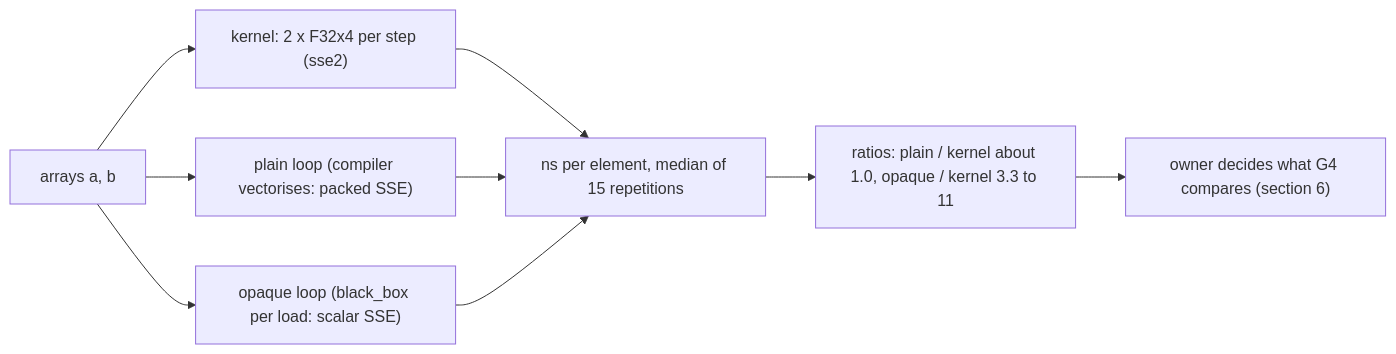
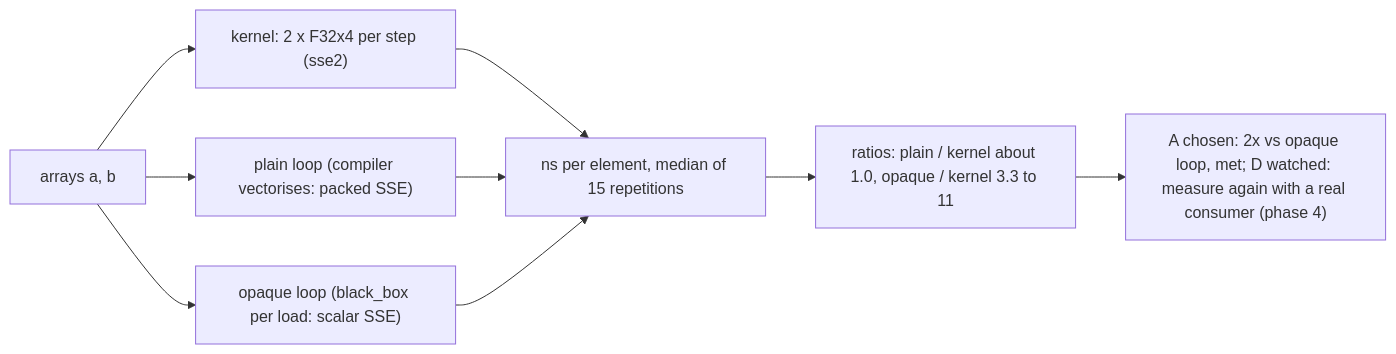
The diagram in wiki/spikes/simd-benchmark.md (giamat90/DuckEngine), drawn with Mermaid before and after one commit. The commit also changed other lines of this file and 2 other files, not shown here.

````diff
--- a/wiki/spikes/simd-benchmark.md
+++ b/wiki/spikes/simd-benchmark.md
@@ -62,11 +64,11 @@
 ```mermaid
 flowchart LR
   A["arrays a, b"] --> K["kernel: 2 x F32x4 per step (sse2)"]
   A --> P["plain loop (compiler vectorises: packed SSE)"]
   A --> O["opaque loop (black_box per load: scalar SSE)"]
   K --> R["ns per element, median of 15 repetitions"]
   P --> R
   O --> R
   R --> T["ratios: plain / kernel about 1.0, opaque / kernel 3.3 to 11"]
-  T --> D["owner decides what G4 compares (section 6)"]
+  T --> D["A chosen: 2x vs opaque loop, met; D watched: measure again with a real consumer (phase 4)"]
 ```
````
